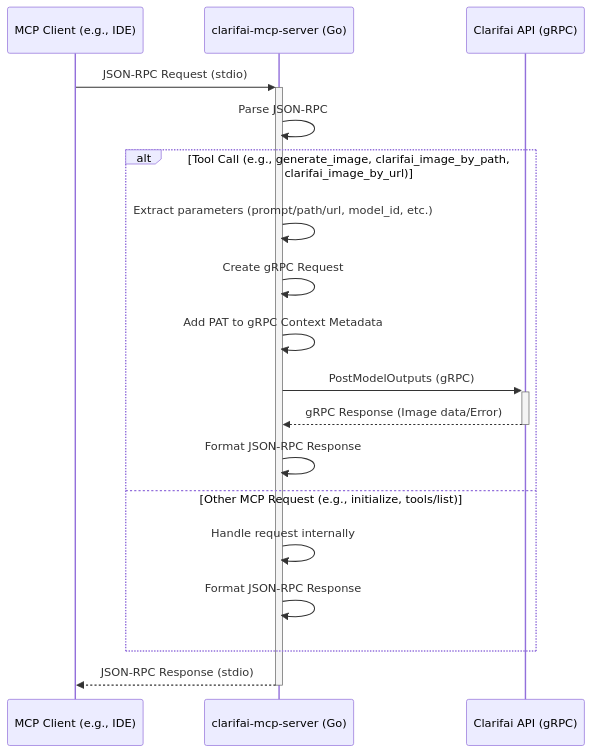
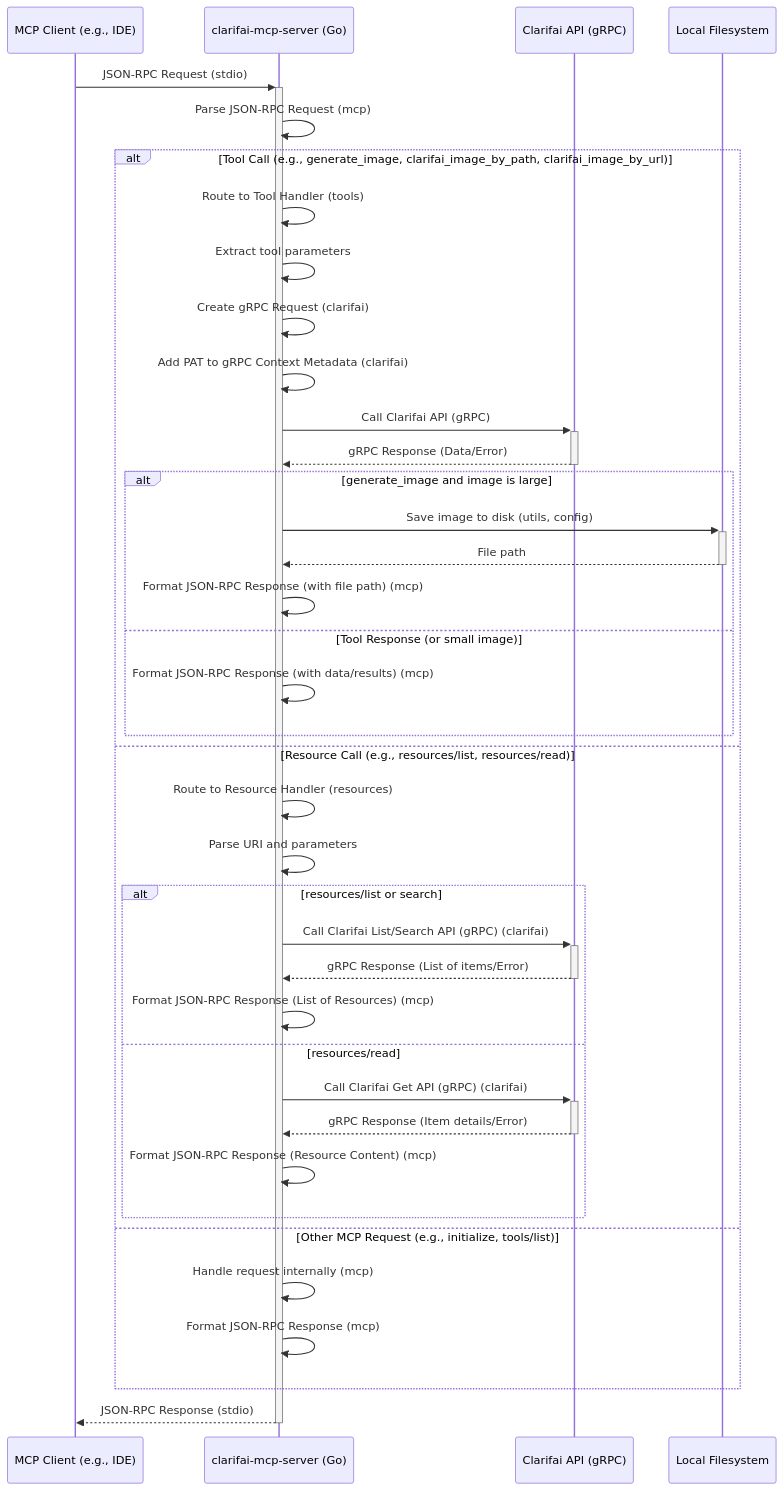
The second of 2 diagrams in README.md (tot-ra/clarifai-mcp-server-local), drawn with Mermaid before and after one commit. The commit also changed other lines of this file, not shown here.

````diff
--- a/README.md
+++ b/README.md
@@ -156,22 +193,42 @@
 ```mermaid
 sequenceDiagram
     participant Client as MCP Client (e.g., IDE)
     participant Server as clarifai-mcp-server (Go)
     participant Clarifai as Clarifai API (gRPC)
+    participant Filesystem as Local Filesystem
 
     Client->>+Server: JSON-RPC Request (stdio)
-    Server->>Server: Parse JSON-RPC
+    Server->>Server: Parse JSON-RPC Request (mcp)
+
     alt Tool Call (e.g., generate_image, clarifai_image_by_path, clarifai_image_by_url)
-        Server->>Server: Extract parameters (prompt/path/url, model_id, etc.)
-        Server->>Server: Create gRPC Request
-        Server->>Server: Add PAT to gRPC Context Metadata
-        Server->>+Clarifai: PostModelOutputs (gRPC)
-        Clarifai-->>-Server: gRPC Response (Image data/Error)
-        Server->>Server: Format JSON-RPC Response
+        Server->>Server: Route to Tool Handler (tools)
+        Server->>Server: Extract tool parameters
+        Server->>Server: Create gRPC Request (clarifai)
+        Server->>Server: Add PAT to gRPC Context Metadata (clarifai)
+        Server->>+Clarifai: Call Clarifai API (gRPC)
+        Clarifai-->>-Server: gRPC Response (Data/Error)
+        alt generate_image and image is large
+            Server->>+Filesystem: Save image to disk (utils, config)
+            Filesystem-->>-Server: File path
+            Server->>Server: Format JSON-RPC Response (with file path) (mcp)
+        else Tool Response (or small image)
+            Server->>Server: Format JSON-RPC Response (with data/results) (mcp)
+        end
+    else Resource Call (e.g., resources/list, resources/read)
+        Server->>Server: Route to Resource Handler (resources)
+        Server->>Server: Parse URI and parameters
+        alt resources/list or search
+            Server->>+Clarifai: Call Clarifai List/Search API (gRPC) (clarifai)
+            Clarifai-->>-Server: gRPC Response (List of items/Error)
+            Server->>Server: Format JSON-RPC Response (List of Resources) (mcp)
+        else resources/read
+            Server->>+Clarifai: Call Clarifai Get API (gRPC) (clarifai)
+            Clarifai-->>-Server: gRPC Response (Item details/Error)
+            Server->>Server: Format JSON-RPC Response (Resource Content) (mcp)
+        end
     else Other MCP Request (e.g., initialize, tools/list)
-        Server->>Server: Handle request internally
-        Server->>Server: Format JSON-RPC Response
+        Server->>Server: Handle request internally (mcp)
+        Server->>Server: Format JSON-RPC Response (mcp)
     end
     Server-->>-Client: JSON-RPC Response (stdio)
-
 ```
````
